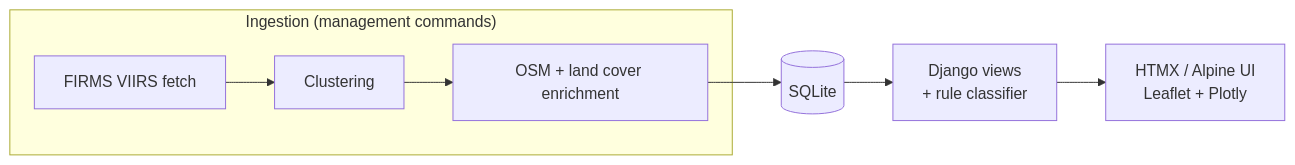
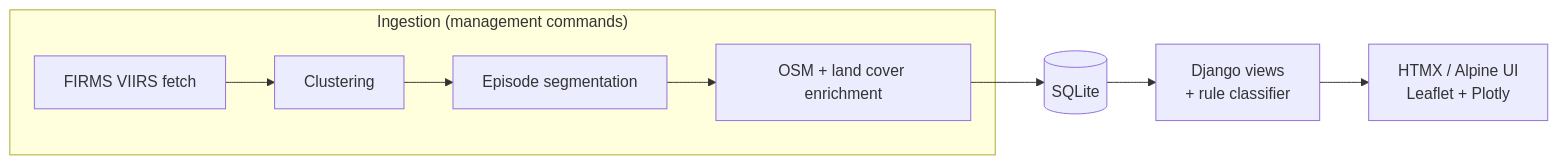
Before and after one commit to prekshaparekh/SIH26162_AgniDrishti: the second of 3 diagrams in README.md, drawn with Mermaid. The commit also changed other lines of this file and 24 other files, not shown here.

````diff
--- a/README.md
+++ b/README.md
@@ -408,10 +490,11 @@
 ```mermaid
 flowchart LR
     subgraph Ingest["Ingestion (management commands)"]
         A1[FIRMS VIIRS fetch] --> A2[Clustering]
-        A2 --> A3[OSM + land cover enrichment]
+        A2 --> A2b[Episode segmentation]
+        A2b --> A3[OSM + land cover enrichment]
     end
     A3 --> DB[(SQLite)]
     DB --> D["Django views<br/>+ rule classifier"]
     D --> U["HTMX / Alpine UI<br/>Leaflet + Plotly"]
 ```
````
